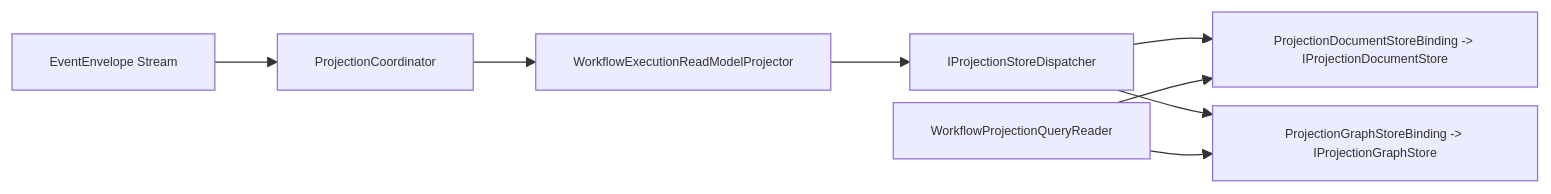
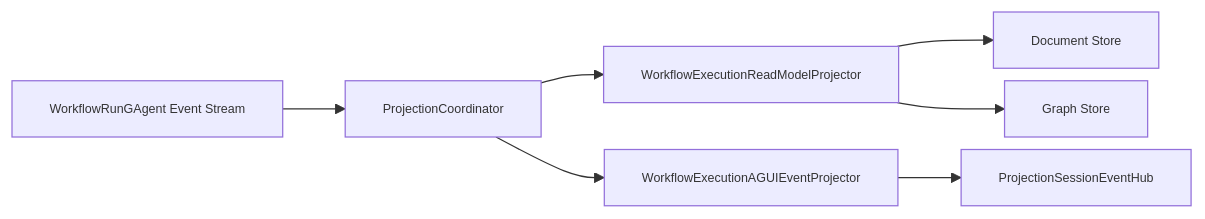
The diagram in src/workflow/Aevatar.Workflow.Projection/README.md (aevatarAI/aevatar), drawn with Mermaid before and after one commit. The commit also changed other lines of this file and 71 other files, not shown here.

First line of the commit message:
Enhance workflow architecture and actorization documentation

````diff
--- a/src/workflow/Aevatar.Workflow.Projection/README.md
+++ b/src/workflow/Aevatar.Workflow.Projection/README.md
@@ -14,11 +20,18 @@
 ```mermaid
 %%{init: {"maxTextSize": 100000, "flowchart": {"useMaxWidth": false, "nodeSpacing": 10, "rankSpacing": 50}, "themeVariables": {"fontSize": "10px"}}}%%
 flowchart LR
-  E["EventEnvelope Stream"] --> C["ProjectionCoordinator"]
-  C --> P["WorkflowExecutionReadModelProjector"]
-  P --> D["IProjectionStoreDispatcher<WorkflowExecutionReport,string>"]
-  D --> DS["ProjectionDocumentStoreBinding -> IProjectionDocumentStore"]
-  D --> GS["ProjectionGraphStoreBinding -> IProjectionGraphStore"]
-  Q["WorkflowProjectionQueryReader"] --> DS
-  Q --> GS
+  ES["WorkflowRunGAgent Event Stream"]
+  COOR["ProjectionCoordinator"]
+  RM["WorkflowExecutionReadModelProjector"]
+  AG["WorkflowExecutionAGUIEventProjector"]
+  DOC["Document Store"]
+  GRAPH["Graph Store"]
+  HUB["ProjectionSessionEventHub<WorkflowRunEvent>"]
+
+  ES --> COOR
+  COOR --> RM
+  COOR --> AG
+  RM --> DOC
+  RM --> GRAPH
+  AG --> HUB
 ```
````
